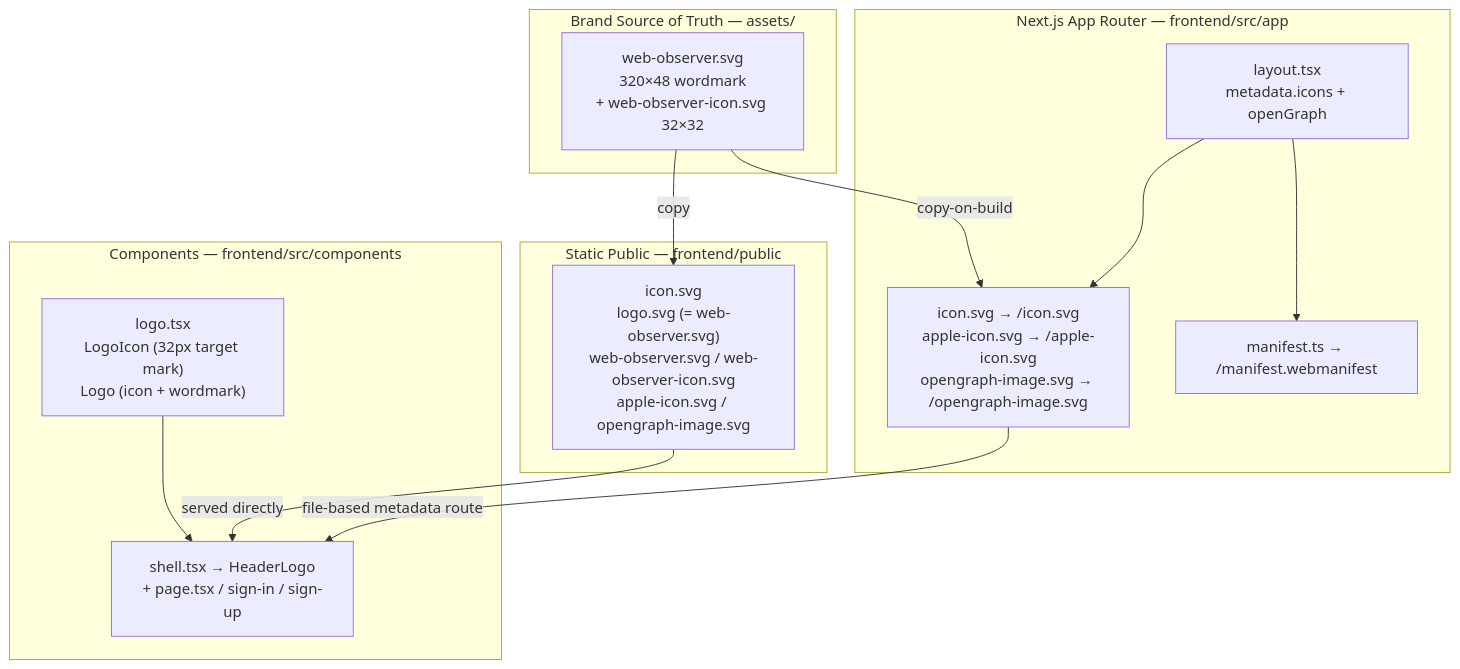
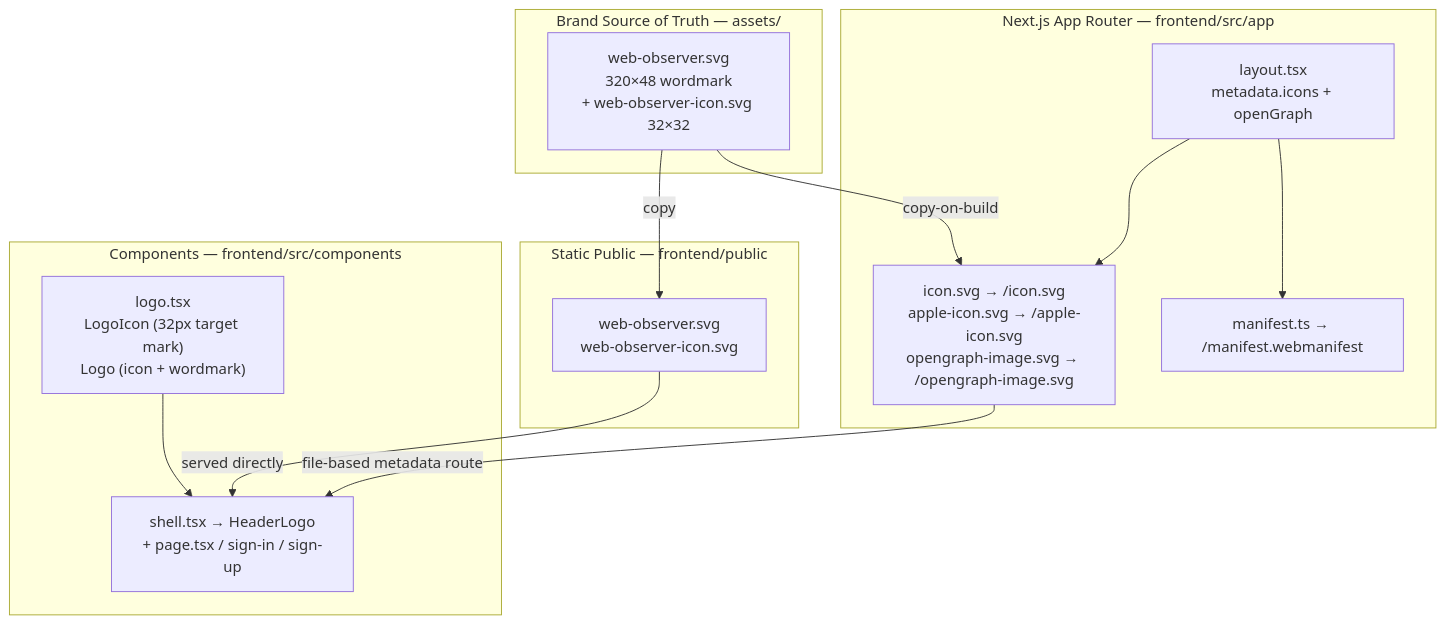
One commit to sunil-gumatimath/web-observer changed the seventh of 7 diagrams in docs/architecture-uml.md. Above: the diagram before and after it, drawn with Mermaid. The commit also changed other lines of this file and 8 other files, not shown here.

First line of the commit message:
docs: fix rendering, ERD accuracy, and stale references

````diff
--- a/docs/architecture-uml.md
+++ b/docs/architecture-uml.md
@@ -378,26 +379,26 @@
 ```mermaid
 flowchart TB
     subgraph BrandSrc["Brand Source of Truth — assets/"]
         SVG["web-observer.svg\n320×48 wordmark\n+ web-observer-icon.svg 32×32"]
     end
     subgraph NextApp["Next.js App Router — frontend/src/app"]
         ICON["icon.svg → /icon.svg\napple-icon.svg → /apple-icon.svg\nopengraph-image.svg → /opengraph-image.svg"]
         MANIFEST["manifest.ts → /manifest.webmanifest"]
         LAYOUT["layout.tsx\nmetadata.icons + openGraph"]
     end
     subgraph Public["Static Public — frontend/public"]
-        PUB["icon.svg\nlogo.svg (= web-observer.svg)\nweb-observer.svg / web-observer-icon.svg\napple-icon.svg / opengraph-image.svg"]
+        PUB["web-observer.svg\nweb-observer-icon.svg"]
     end
     subgraph Components["Components — frontend/src/components"]
         LOGO["logo.tsx\nLogoIcon (32px target mark)\nLogo (icon + wordmark)"]
         SHELL["shell.tsx → HeaderLogo\n+ page.tsx / sign-in / sign-up"]
     end
 
     SVG -->|"copy-on-build"| ICON
     SVG -->|"copy"| PUB
     LAYOUT --> ICON
     LAYOUT --> MANIFEST
     LOGO --> SHELL
     PUB -->|"served directly"| SHELL
     ICON -->|"file-based metadata route"| SHELL
 ```
````
